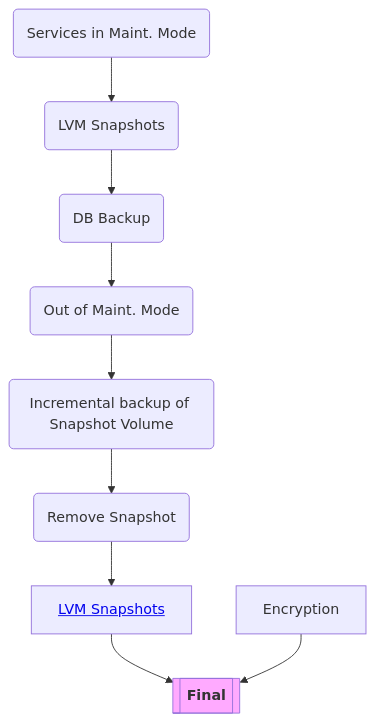
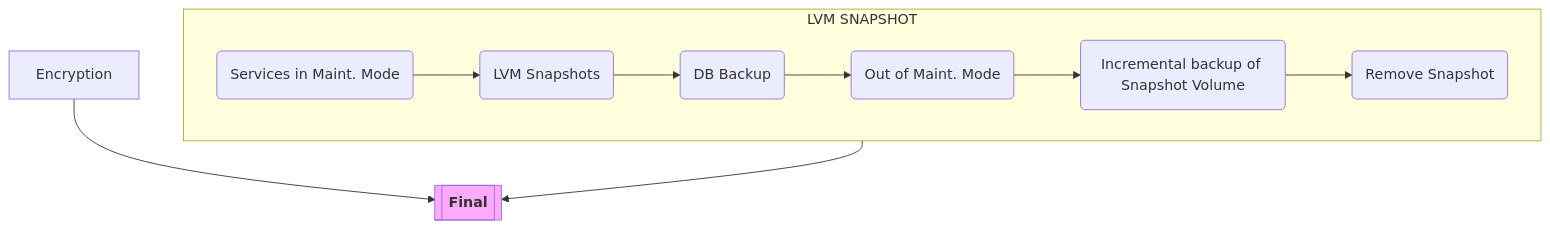
One commit to clintwebb/bakker changed the sixth of 6 diagrams in notes/plan.md. Above: the diagram before and after it, drawn with Mermaid. The commit also changed other lines of this file, not shown here.

````diff
--- a/notes/plan.md
+++ b/notes/plan.md
@@ -112,20 +132,28 @@
 ```mermaid
 flowchart TD;
-    %% To mark an item as completed (green)
+    %% To mark an item as completed (afa=green, faf=purple, aaf=blue)
     %% style EXAMPLE fill:#afa
 
     %% To provide a link
     %% A[<a href='https://google.com'>works</a>]
+    %%--------------
 
-    FUNC_MAINT(Services in Maint. Mode) -->
-    FUNC_LVM_SNAP(LVM Snapshots) -->
-    FUNC_DB_BAK(DB Backup) -->
-    FUNC_UNMAINT(Out of Maint. Mode) -->
-    FUNC_LVM_BAK(Incremental backup of Snapshot Volume) -->
-    FUNC_UN_SNAP(Remove Snapshot) -->
-    FEAT_LVM_SNAP[<a href='https://github.com/clintwebb/bakker/blob/main/notes/lvm_snapshots.md'>LVM Snapshots</a>] --> TARGET
+    %% Completed (#afa)
+
+    %% Active (#aaf)
+
+    subgraph LVM_SNAPSHOT[LVM SNAPSHOT]
+        FUNC_MAINT(Services in Maint. Mode) -->
+        FUNC_LVM_SNAP(LVM Snapshots) -->
+        FUNC_DB_BAK(DB Backup) -->
+        FUNC_UNMAINT(Out of Maint. Mode) -->
+        FUNC_LVM_BAK(Incremental backup of Snapshot Volume) -->
+        FUNC_UN_SNAP(Remove Snapshot)
+    end
+    LVM_SNAPSHOT --> TARGET
 
     FEAT_ENCRYPT[Encryption] --> TARGET
+
     TARGET[["`**Final**`"]]
     style TARGET fill:#faf
 ```
````
